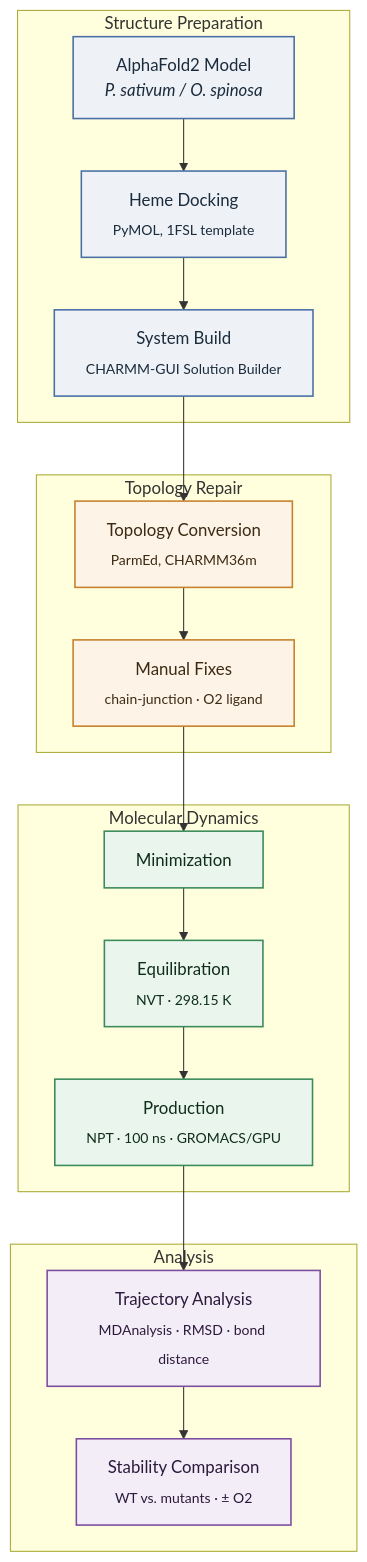
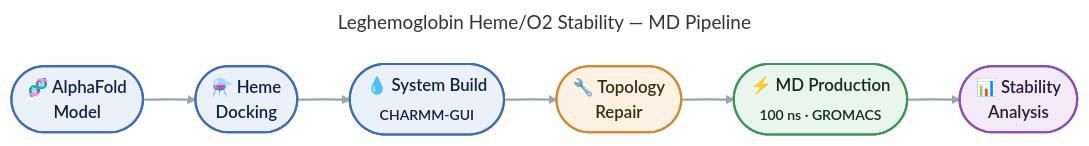
Before and after one commit to mhpakdel96/leghemoglobin-stability-aggregation: the diagram in README.md, drawn with Mermaid. The commit also changed other lines of this file, not shown here.

Commit message:
Add pipeline overview diagram (Mermaid)

````diff
--- a/README.md
+++ b/README.md
@@ -7,33 +7,23 @@
 ```mermaid
-flowchart TD
-    subgraph PREP["Structure Preparation"]
-        A["AlphaFold2 Model<br/><i>P. sativum / O. spinosa</i>"] --> B["Heme Docking<br/><sub>PyMOL, 1FSL template</sub>"]
-        B --> C["System Build<br/><sub>CHARMM-GUI Solution Builder</sub>"]
-    end
+---
+title: Leghemoglobin Heme/O2 Stability — MD Pipeline
+---
+flowchart LR
+    A(["🧬  AlphaFold<br/>Model"]) --> B(["⚗️  Heme<br/>Docking"])
+    B --> C(["💧  System Build<br/><sub>CHARMM-GUI</sub>"])
+    C --> D(["🔧  Topology<br/>Repair"])
+    D --> E(["⚡  MD Production<br/><sub>100 ns · GROMACS</sub>"])
+    E --> F(["📊  Stability<br/>Analysis"])
 
-    subgraph TOPO["Topology Repair"]
-        C --> D["Topology Conversion<br/><sub>ParmEd, CHARMM36m</sub>"]
-        D --> E["Manual Fixes<br/><sub>chain-junction · O2 ligand</sub>"]
-    end
-
-    subgraph MD["Molecular Dynamics"]
-        E --> F["Minimization"]
-        F --> G["Equilibration<br/><sub>NVT · 298.15 K</sub>"]
-        G --> H["Production<br/><sub>NPT · 100 ns · GROMACS/GPU</sub>"]
-    end
-
-    subgraph OUT["Analysis"]
-        H --> I["Trajectory Analysis<br/><sub>MDAnalysis · RMSD · bond distance</sub>"]
-        I --> J["Stability Comparison<br/><sub>WT vs. mutants · ± O2</sub>"]
-    end
-
-    classDef prep fill:#eef2f7,stroke:#4a6fa5,stroke-width:1.5px,color:#1a2b3c;
-    classDef topo fill:#fdf3e7,stroke:#c8802d,stroke-width:1.5px,color:#3c2a12;
-    classDef md fill:#eaf5ee,stroke:#3a8a5a,stroke-width:1.5px,color:#0f2e1a;
-    classDef out fill:#f3edf7,stroke:#7d4d9e,stroke-width:1.5px,color:#2b1a3c;
+    classDef prep fill:#EAF1FB,stroke:#3E6BB5,stroke-width:2px,color:#12233F,font-weight:600;
+    classDef topo fill:#FDF1E3,stroke:#D08A34,stroke-width:2px,color:#3C2A12,font-weight:600;
+    classDef md   fill:#E8F6EC,stroke:#3C9459,stroke-width:2px,color:#0F2E1A,font-weight:600;
+    classDef out  fill:#F3EAF9,stroke:#8B4FB0,stroke-width:2px,color:#2B1A3C,font-weight:600;
 
     class A,B,C prep
-    class D,E topo
-    class F,G,H md
-    class I,J out
+    class D topo
+    class E md
+    class F out
+
+    linkStyle default stroke:#9AA5B1,stroke-width:2px;
 ```
````
